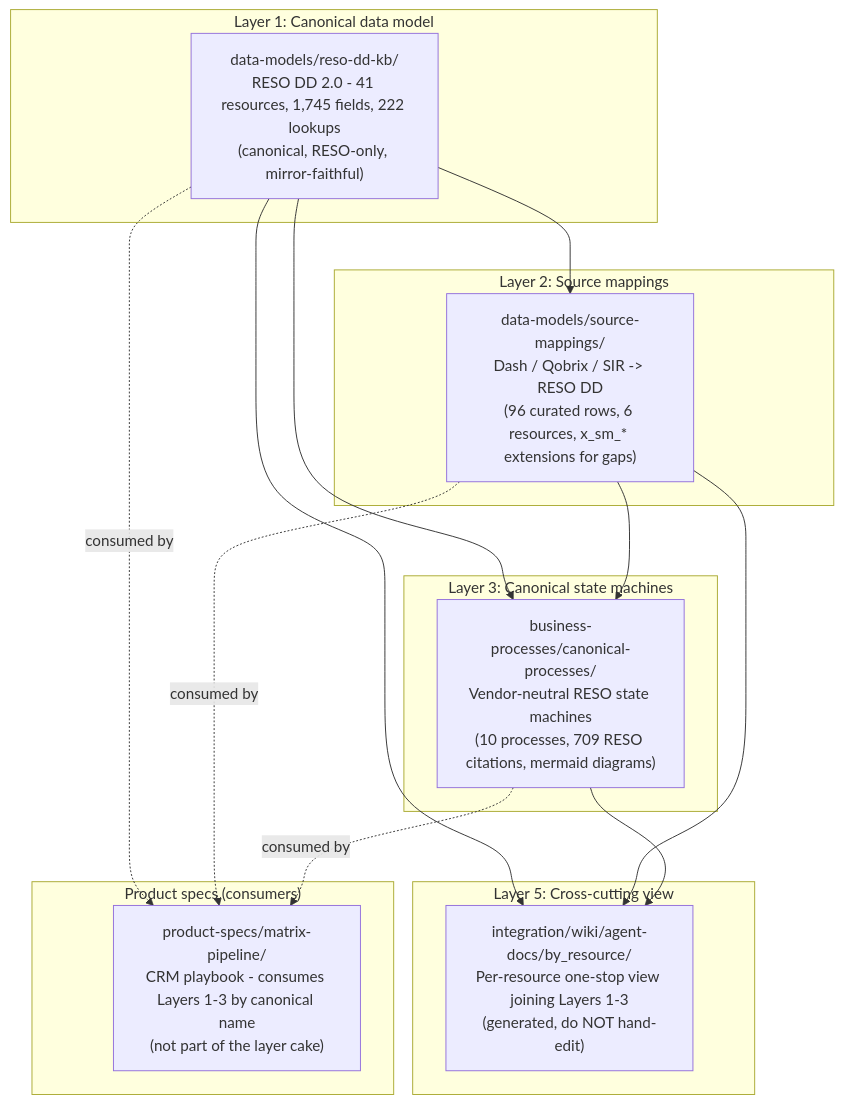
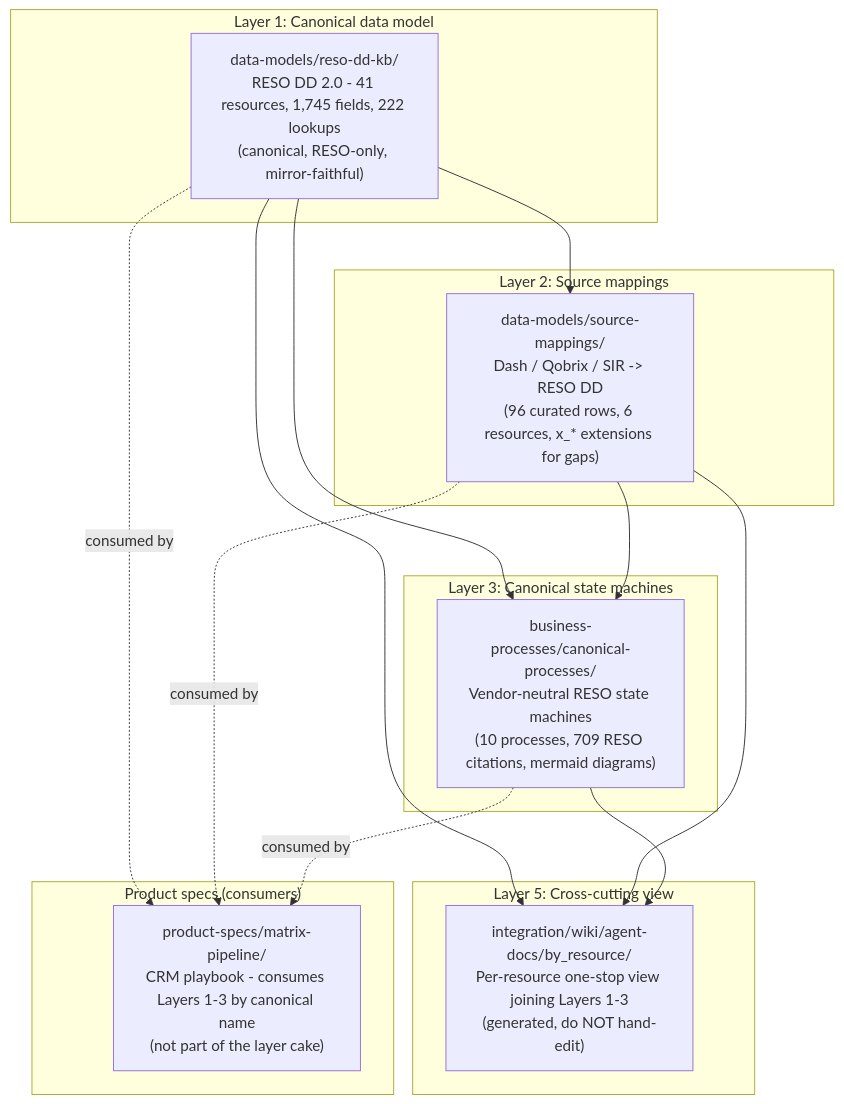
One commit to gca-global/matrix-platform-kb changed the diagram in docs/integration/overview.md. Above: the diagram before and after it, drawn with Mermaid. The commit also changed other lines of this file and 51 other files, not shown here.

````diff
--- a/docs/integration/overview.md
+++ b/docs/integration/overview.md
@@ -17,27 +17,27 @@
 ```mermaid
 flowchart TB
     subgraph L1["Layer 1: Canonical data model"]
         L1A["data-models/reso-dd-kb/<br/>RESO DD 2.0 - 41 resources, 1,745 fields, 222 lookups<br/>(canonical, RESO-only, mirror-faithful)"]
     end
     subgraph L2["Layer 2: Source mappings"]
-        L2A["data-models/source-mappings/<br/>Dash / Qobrix / SIR -> RESO DD<br/>(96 curated rows, 6 resources, x_sm_* extensions for gaps)"]
+        L2A["data-models/source-mappings/<br/>Dash / Qobrix / SIR -> RESO DD<br/>(96 curated rows, 6 resources, x_* extensions for gaps)"]
     end
     subgraph L3["Layer 3: Canonical state machines"]
         L3A["business-processes/canonical-processes/<br/>Vendor-neutral RESO state machines<br/>(10 processes, 709 RESO citations, mermaid diagrams)"]
     end
     subgraph L5["Layer 5: Cross-cutting view"]
         L5A["integration/wiki/agent-docs/by_resource/<br/>Per-resource one-stop view joining Layers 1-3<br/>(generated, do NOT hand-edit)"]
     end
     subgraph PS["Product specs (consumers)"]
         PSA["product-specs/matrix-pipeline/<br/>CRM playbook - consumes Layers 1-3 by canonical name<br/>(not part of the layer cake)"]
     end
     L1A --> L2A
     L1A --> L3A
     L2A --> L3A
     L1A --> L5A
     L2A --> L5A
     L3A --> L5A
     L1A -.consumed by.-> PSA
     L2A -.consumed by.-> PSA
     L3A -.consumed by.-> PSA
 ```
````
